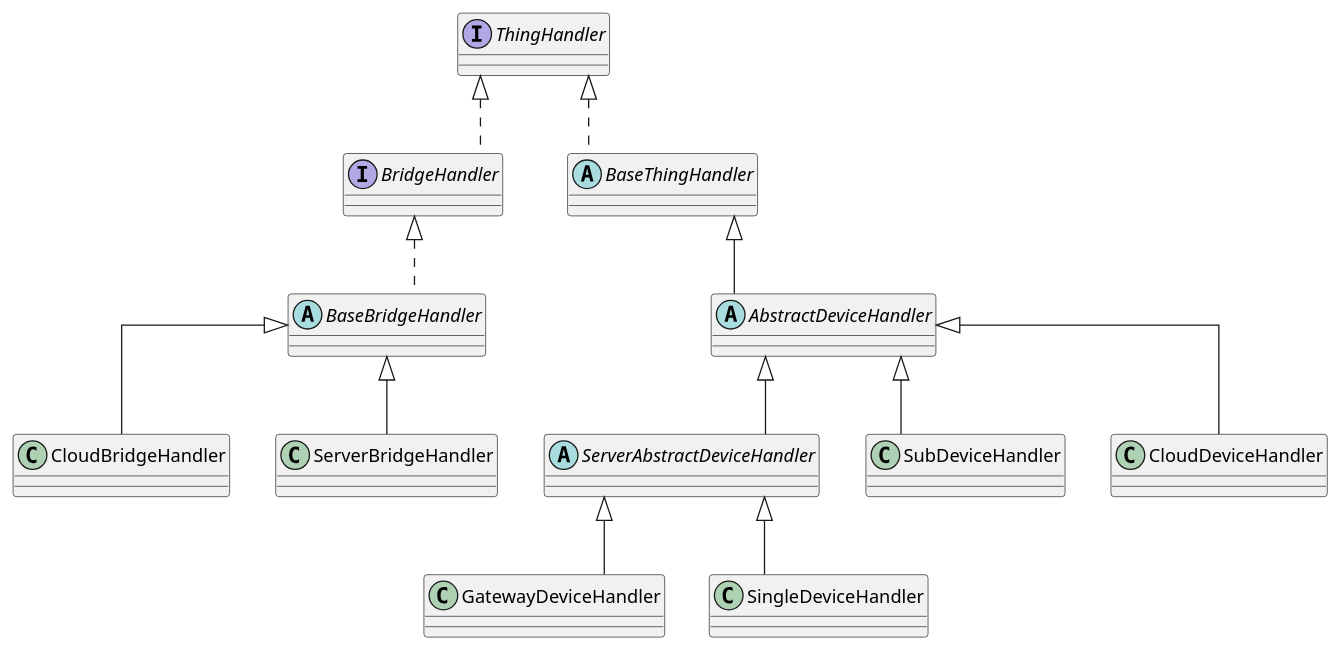
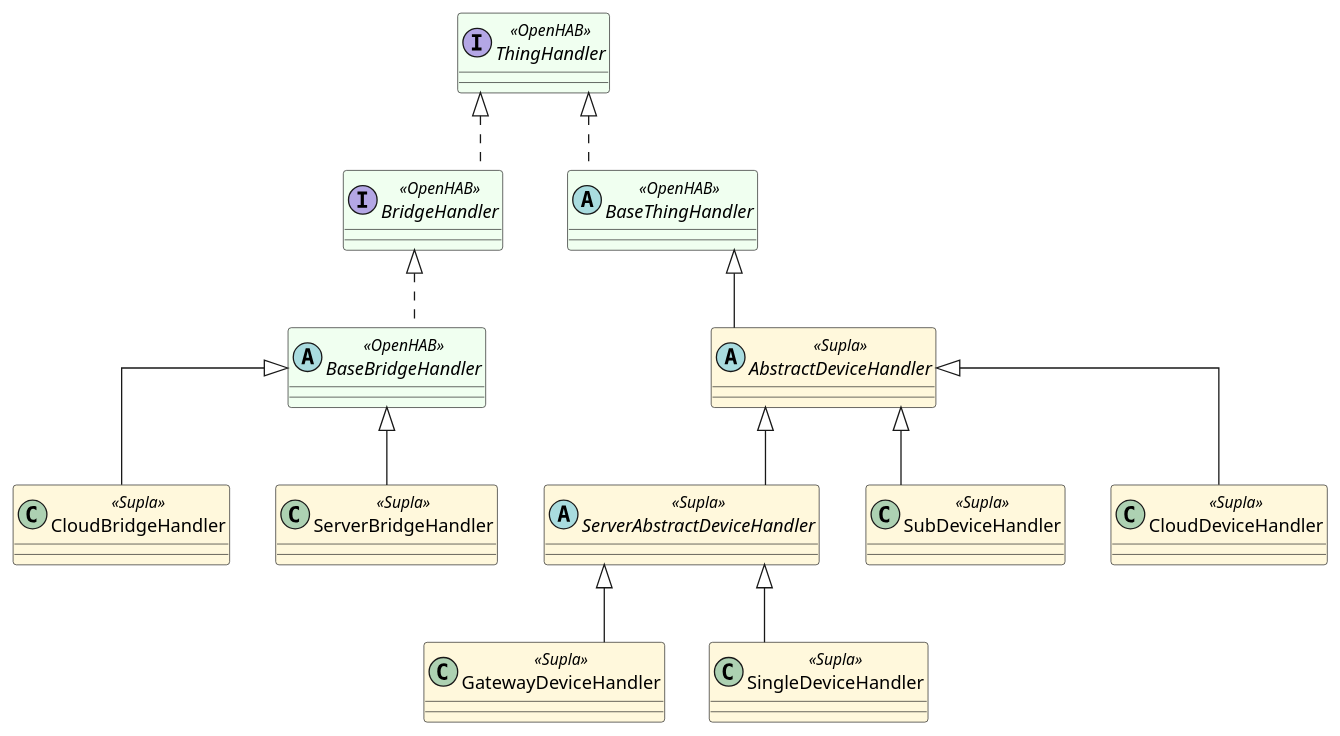
The diagram in imgs/handler-inheritance.puml (magx2/openhab-supla), drawn with PlantUML before and after one commit.

Commit message:
Annotate handler diagram with origins

```diff
--- a/imgs/handler-inheritance.puml
+++ b/imgs/handler-inheritance.puml
@@ -1,35 +1,40 @@
 @startuml
 skinparam classAttributeIconSize 0
 skinparam linetype ortho
 
+skinparam class {
+  BackgroundColor<<OpenHAB>> HoneyDew
+  BackgroundColor<<Supla>> Cornsilk
+}
+
 ' OpenHAB core abstractions
-interface ThingHandler
-interface BridgeHandler
-abstract class BaseThingHandler
-abstract class BaseBridgeHandler
+interface ThingHandler <<OpenHAB>>
+interface BridgeHandler <<OpenHAB>>
+abstract class BaseThingHandler <<OpenHAB>>
+abstract class BaseBridgeHandler <<OpenHAB>>
 
 ' Device handler hierarchy
-abstract class AbstractDeviceHandler
-abstract class ServerAbstractDeviceHandler
-class GatewayDeviceHandler
-class SingleDeviceHandler
-class SubDeviceHandler
-class CloudDeviceHandler
+abstract class AbstractDeviceHandler <<Supla>>
+abstract class ServerAbstractDeviceHandler <<Supla>>
+class GatewayDeviceHandler <<Supla>>
+class SingleDeviceHandler <<Supla>>
+class SubDeviceHandler <<Supla>>
+class CloudDeviceHandler <<Supla>>
 
 ' Bridge handler hierarchy
-class CloudBridgeHandler
-class ServerBridgeHandler
+class CloudBridgeHandler <<Supla>>
+class ServerBridgeHandler <<Supla>>
 
 ThingHandler <|.. BaseThingHandler
 BaseThingHandler <|-- AbstractDeviceHandler
 AbstractDeviceHandler <|-- ServerAbstractDeviceHandler
 ServerAbstractDeviceHandler <|-- GatewayDeviceHandler
 ServerAbstractDeviceHandler <|-- SingleDeviceHandler
 AbstractDeviceHandler <|-- SubDeviceHandler
 AbstractDeviceHandler <|-- CloudDeviceHandler
 
 ThingHandler <|.. BridgeHandler
 BridgeHandler <|.. BaseBridgeHandler
 BaseBridgeHandler <|-- CloudBridgeHandler
 BaseBridgeHandler <|-- ServerBridgeHandler
 @enduml
```
